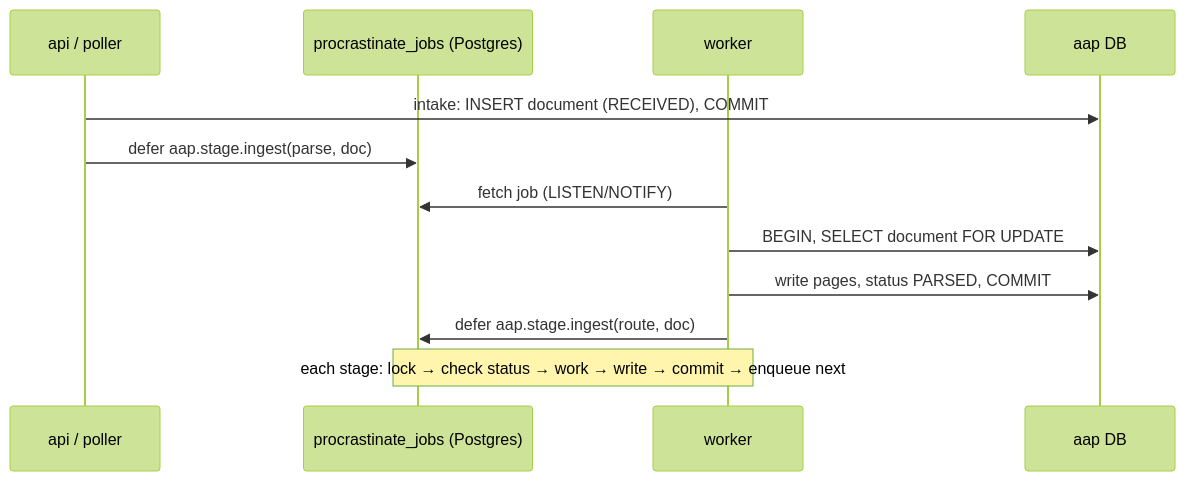
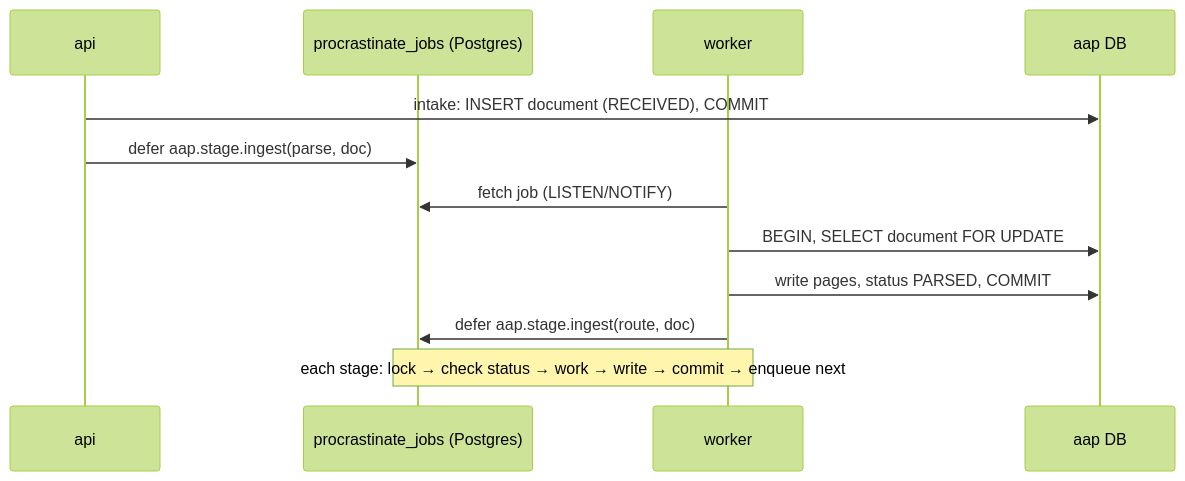
Before and after one commit to Ajinkya2101/AAP: the third of 18 diagrams in docs/HOW-IT-WORKS.md, drawn with Mermaid (forest theme). The commit also changed other lines of this file and 2 other files, not shown here.

````diff
--- a/docs/HOW-IT-WORKS.md
+++ b/docs/HOW-IT-WORKS.md
@@ -172,14 +165,14 @@
 ```mermaid
 sequenceDiagram
-    participant API as api / poller
+    participant API as api
     participant Q as procrastinate_jobs (Postgres)
     participant W as worker
     participant DB as aap DB
     API->>DB: intake: INSERT document (RECEIVED), COMMIT
     API->>Q: defer aap.stage.ingest(parse, doc)
     W->>Q: fetch job (LISTEN/NOTIFY)
     W->>DB: BEGIN, SELECT document FOR UPDATE
     W->>DB: write pages, status PARSED, COMMIT
     W->>Q: defer aap.stage.ingest(route, doc)
     Note over W,Q: each stage: lock → check status → work → write → commit → enqueue next
 ```
````
